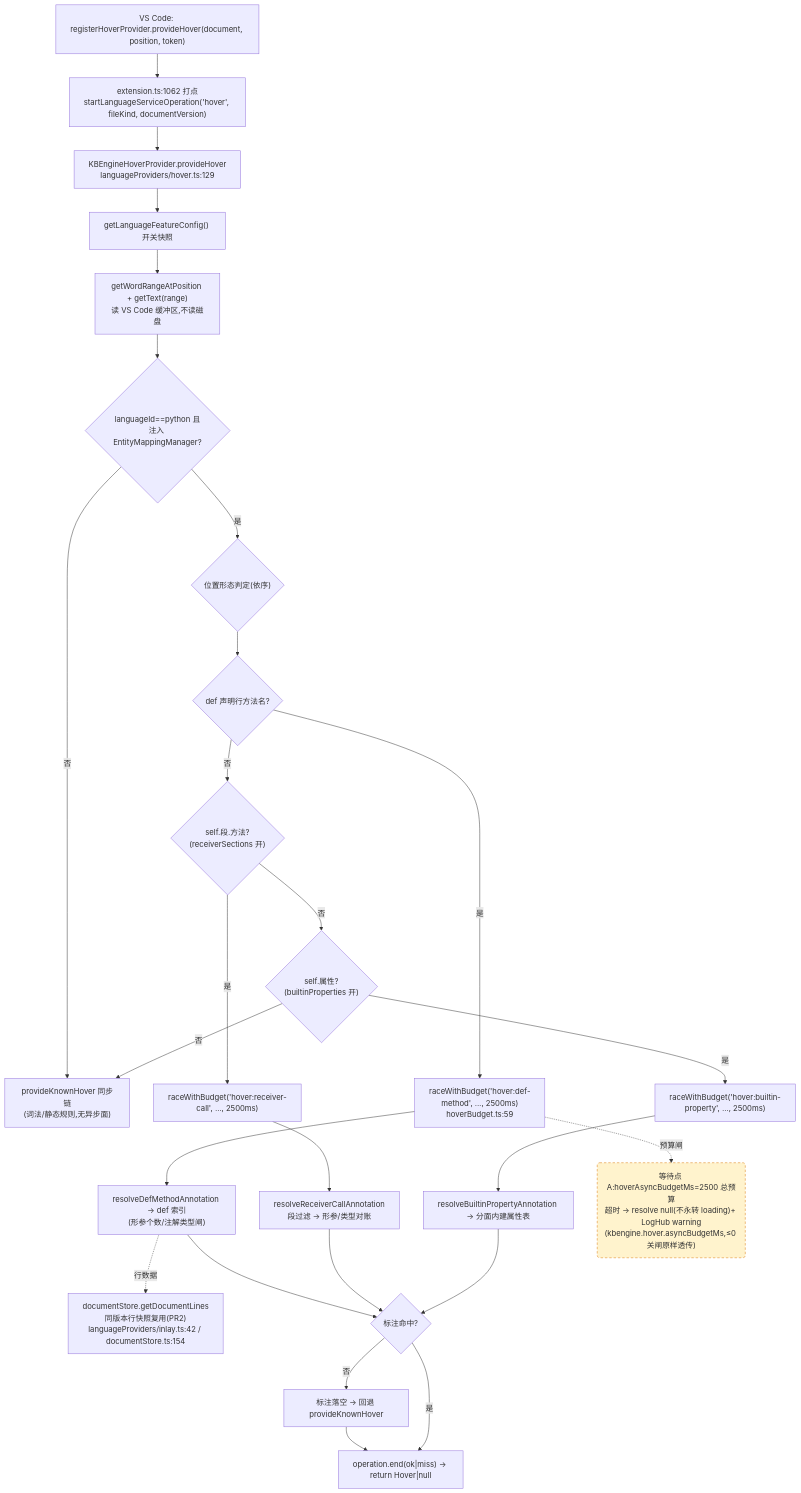
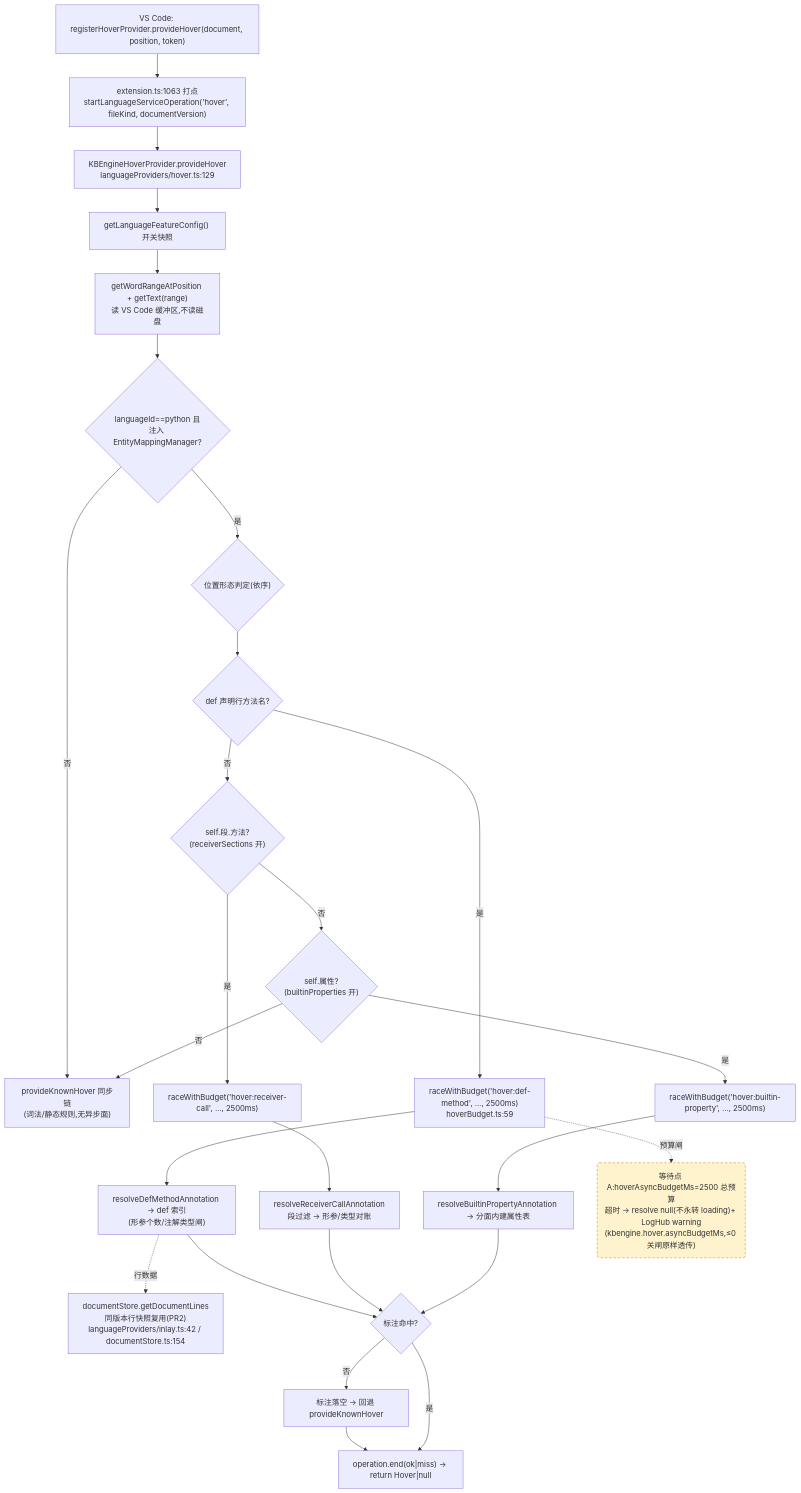
Before and after one commit to cuihairu/kode: the first of 4 diagrams in docs/perf/2026-baseline.md, drawn with Mermaid. The commit also changed other lines of this file and 3 other files, not shown here.

````diff
--- a/docs/perf/2026-baseline.md
+++ b/docs/perf/2026-baseline.md
@@ -82,45 +82,45 @@
 ```mermaid
 flowchart TD
   VC1["VS Code: registerHoverProvider.provideHover(document, position, token)"]
-  M1["extension.ts:1062 打点<br/>startLanguageServiceOperation('hover', fileKind, documentVersion)"]
+  M1["extension.ts:1063 打点<br/>startLanguageServiceOperation('hover', fileKind, documentVersion)"]
   HP["KBEngineHoverProvider.provideHover<br/>languageProviders/hover.ts:129"]
   CFG["getLanguageFeatureConfig() 开关快照"]
   WORD["getWordRangeAtPosition + getText(range)<br/>读 VS Code 缓冲区,不读磁盘"]
   BR{"languageId==python 且<br/>注入 EntityMappingManager?"}
   KN["provideKnownHover 同步链<br/>(词法/静态规则,无异步面)"]
   POS{"位置形态判定(依序)"}
   D1{"def 声明行方法名?"}
   D2{"self.段.方法?<br/>(receiverSections 开)"}
   D3{"self.属性?<br/>(builtinProperties 开)"}
   RA1["raceWithBudget('hover:def-method', …, 2500ms)<br/>hoverBudget.ts:59"]
   RA2["raceWithBudget('hover:receiver-call', …, 2500ms)"]
   RA3["raceWithBudget('hover:builtin-property', …, 2500ms)"]
   RS1["resolveDefMethodAnnotation → def 索引<br/>(形参个数/注解类型闸)"]
   RS2["resolveReceiverCallAnnotation<br/>段过滤 → 形参/类型对账"]
   RS3["resolveBuiltinPropertyAnnotation → 分面内建属性表"]
   LINES["documentStore.getDocumentLines<br/>同版本行快照复用(PR2)<br/>languageProviders/inlay.ts:42 / documentStore.ts:154"]
   MISS["标注落空 → 回退 provideKnownHover"]
   END1["operation.end(ok|miss) → return Hover|null"]
 
   VC1 --> M1 --> HP --> CFG --> WORD --> BR
   BR -- "否" --> KN
   BR -- "是" --> POS --> D1
   D1 -- "是" --> RA1 --> RS1
   D1 -- "否" --> D2
   D2 -- "是" --> RA2 --> RS2
   D2 -- "否" --> D3
   D3 -- "是" --> RA3 --> RS3
   D3 -- "否" --> KN
   RS1 --> HIT{"标注命中?"}
   RS2 --> HIT
   RS3 --> HIT
   RS1 -.->|行数据| LINES
   HIT -- "否" --> MISS --> END1
   HIT -- "是" --> END1
 
   WAITA("等待点 A:hoverAsyncBudgetMs=2500 总预算<br/>超时 → resolve null(不永转 loading)+ LogHub warning<br/>(kbengine.hover.asyncBudgetMs,≤0 关闸原样透传)")
   RA1 -.->|预算闸| WAITA
 
   classDef waitPoint fill:#fff3cd,stroke:#d97706,stroke-dasharray:5 4;
   class WAITA waitPoint;
 ```
````
